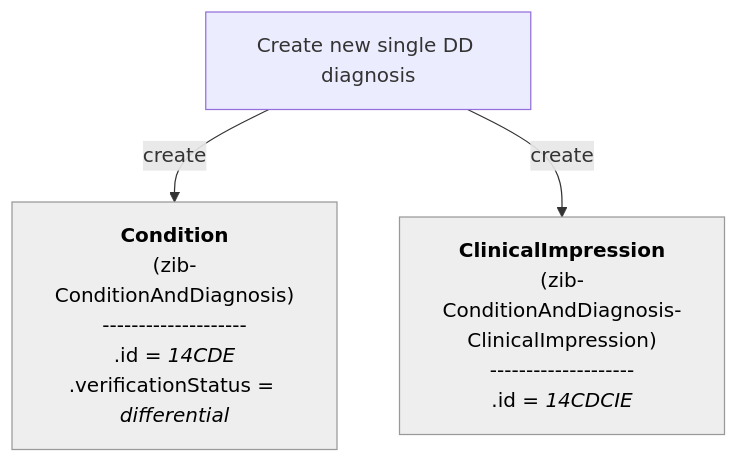
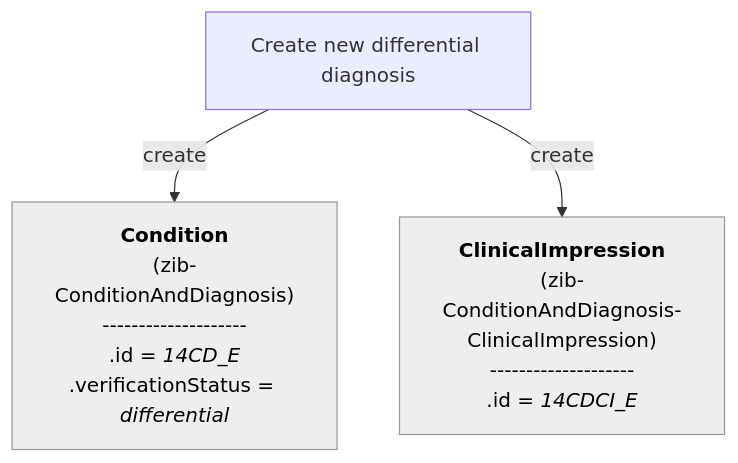
Diagram 16 of 16 in documentation/Condition-Diagnosis-Symptom.md (Nictiz/Nictiz-R4-zib2024), drawn with Mermaid before and after one commit. The commit also changed other lines of this file, not shown here.

````diff
--- a/documentation/Condition-Diagnosis-Symptom.md
+++ b/documentation/Condition-Diagnosis-Symptom.md
@@ -586,27 +571,27 @@
 ```mermaid
 flowchart TB
 
-CreateDiagnosis["`Create new single DD diagnosis`"]
+CreateDiagnosis["`Create new differential diagnosis`"]
 
     CD_E["`
             **Condition**
             (zib-ConditionAndDiagnosis)
             --------------------
-            .id = _14CDE_
+            .id = _14CD_E_
             .verificationStatus = _differential_ 
         `"] 
     CDCI_E["`
             **ClinicalImpression**
             (zib-ConditionAndDiagnosis-ClinicalImpression)
             --------------------
-            .id = _14CDCIE_
+            .id = _14CDCI_E_
         `"] 
 
    
     CD_E:::Ash
     CDCI_E:::Ash
     classDef Ash stroke-width:1px, stroke-dasharray:none, stroke:#999999, fill:#EEEEEE, color:#000000
 
 CreateDiagnosis -- create --> CD_E
 CreateDiagnosis -- create --> CDCI_E
 ```
````
